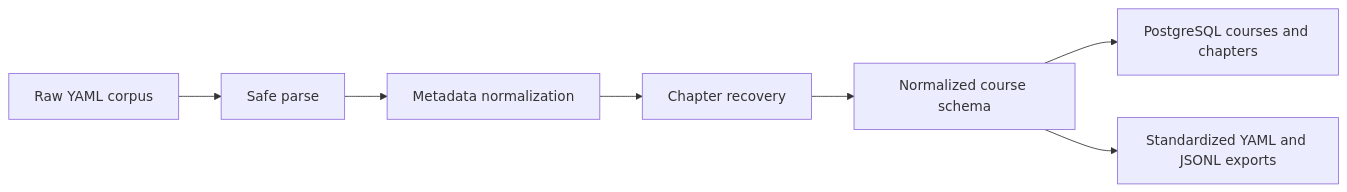
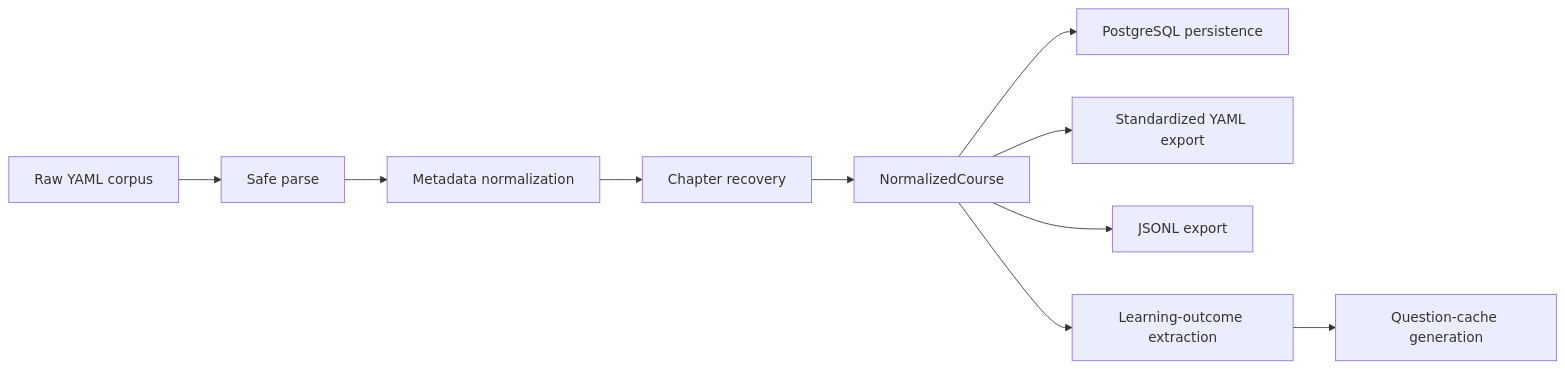
The first of 6 diagrams in docs/status-1.md (armaninspace/data_camp_exp), drawn with Mermaid before and after one commit. The commit also changed other lines of this file and 1161 other files, not shown here.

````diff
--- a/docs/status-1.md
+++ b/docs/status-1.md
@@ -21,9 +62,12 @@
 ```mermaid
 flowchart LR
     A[Raw YAML corpus] --> B[Safe parse]
     B --> C[Metadata normalization]
     C --> D[Chapter recovery]
-    D --> E[Normalized course schema]
-    E --> F[PostgreSQL courses and chapters]
-    E --> G[Standardized YAML and JSONL exports]
+    D --> E[NormalizedCourse]
+    E --> F[PostgreSQL persistence]
+    E --> G[Standardized YAML export]
+    E --> H[JSONL export]
+    E --> I[Learning-outcome extraction]
+    I --> J[Question-cache generation]
 ```
````
